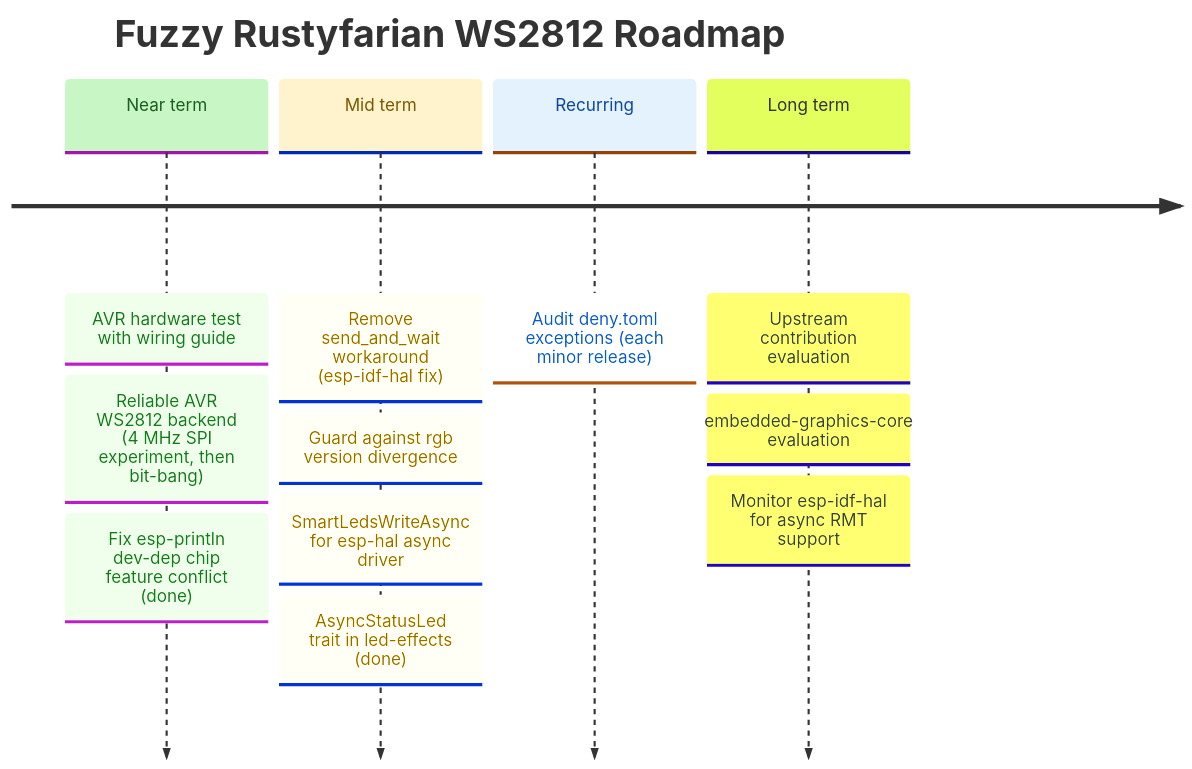
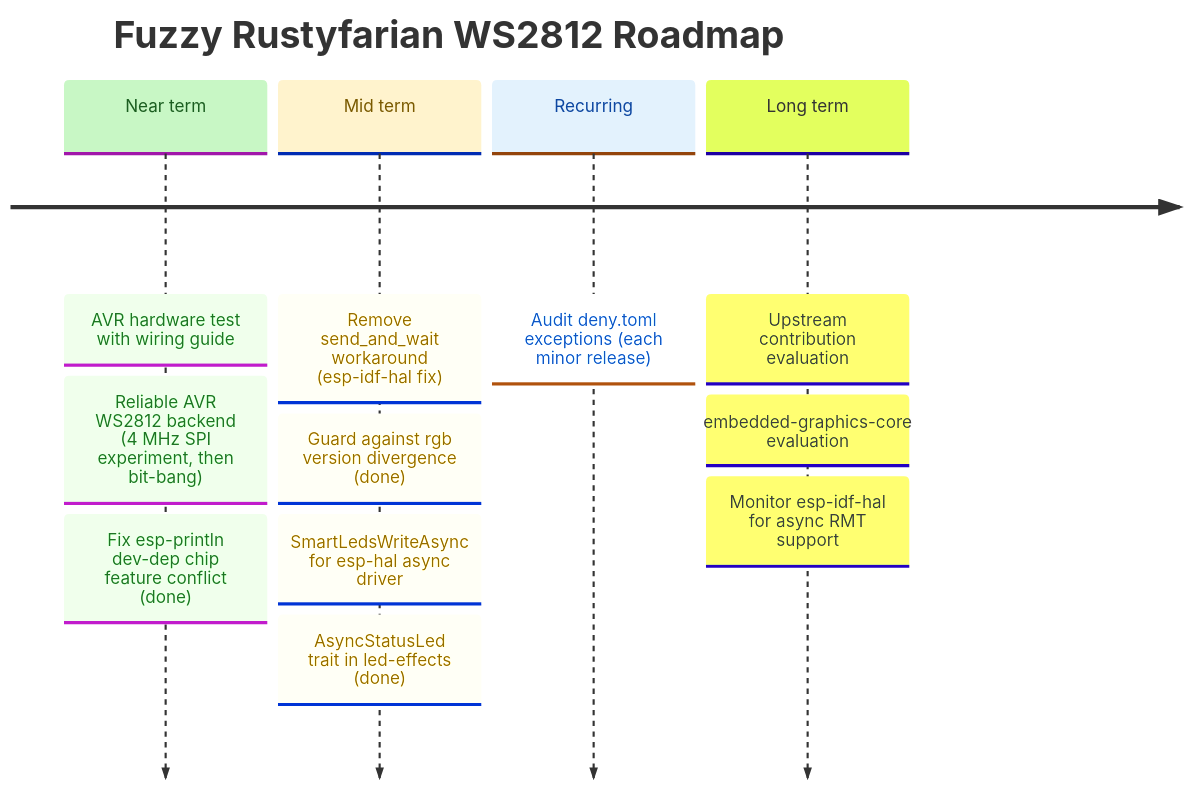
Before and after one commit to datenkollektiv/rustyfarian-ws2812: the diagram in docs/ROADMAP.md, drawn with Mermaid. The commit also changed 4 other files, not shown here.

Commit message:
Add smart-leds-compat feature to manage rgb version divergence

````diff
--- a/docs/ROADMAP.md
+++ b/docs/ROADMAP.md
@@ -10,31 +10,31 @@
 ```mermaid
 %%{init: {
   "theme": "base",
   "themeVariables": {
     "cScale0": "#c8f7c5",
     "cScaleLabel0": "#1b5e20",
     "cScale1": "#fff3cd",
     "cScaleLabel1": "#7a5a00",
     "cScale2": "#e3f2fd",
     "cScaleLabel2": "#0d47a1"
   }
 }}%%
 
 timeline
     title Fuzzy Rustyfarian WS2812 Roadmap
 
     Near term : AVR hardware test with wiring guide
               : Reliable AVR WS2812 backend (4 MHz SPI experiment, then bit-bang)
               : Fix esp-println dev-dep chip feature conflict (done)
 
     Mid term  : Remove send_and_wait workaround (esp-idf-hal fix)
-              : Guard against rgb version divergence
+              : Guard against rgb version divergence (done)
               : SmartLedsWriteAsync for esp-hal async driver
               : AsyncStatusLed trait in led-effects (done)
 
     Recurring : Audit deny.toml exceptions (each minor release)
 
     Long term : Upstream contribution evaluation
               : embedded-graphics-core evaluation
               : Monitor esp-idf-hal for async RMT support
 ```
````
